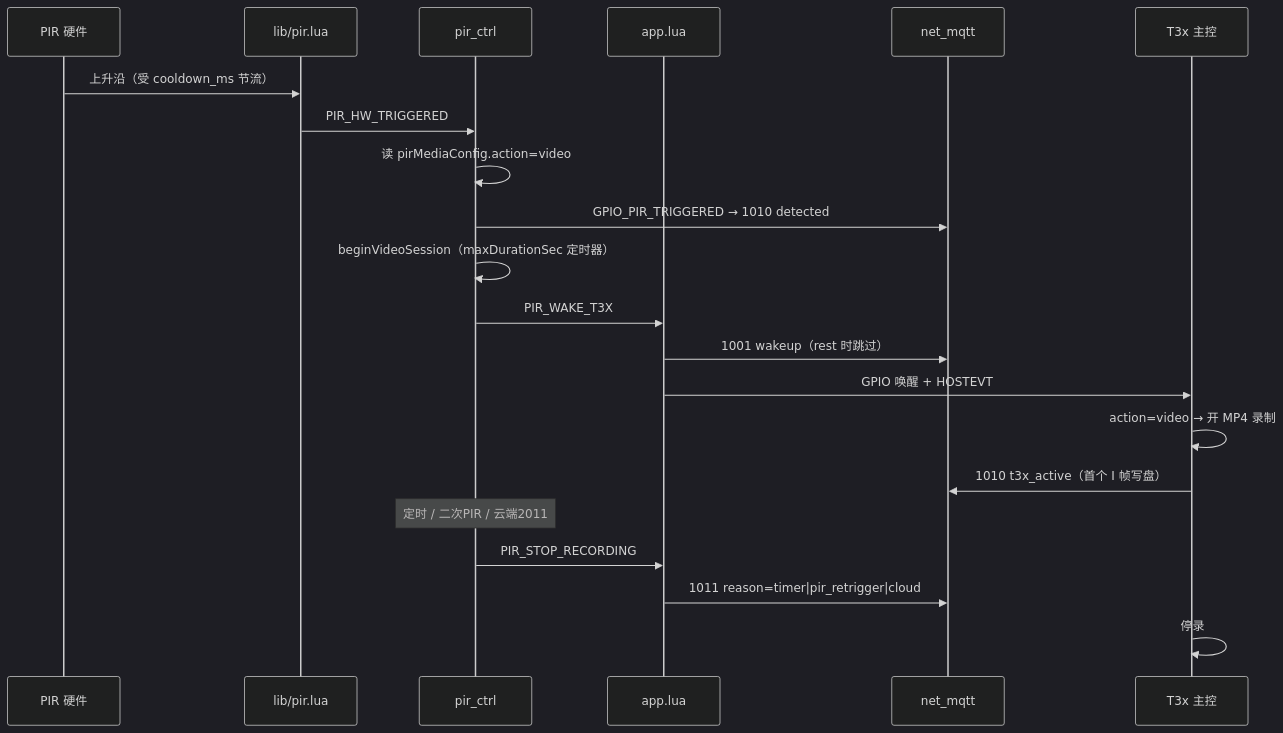
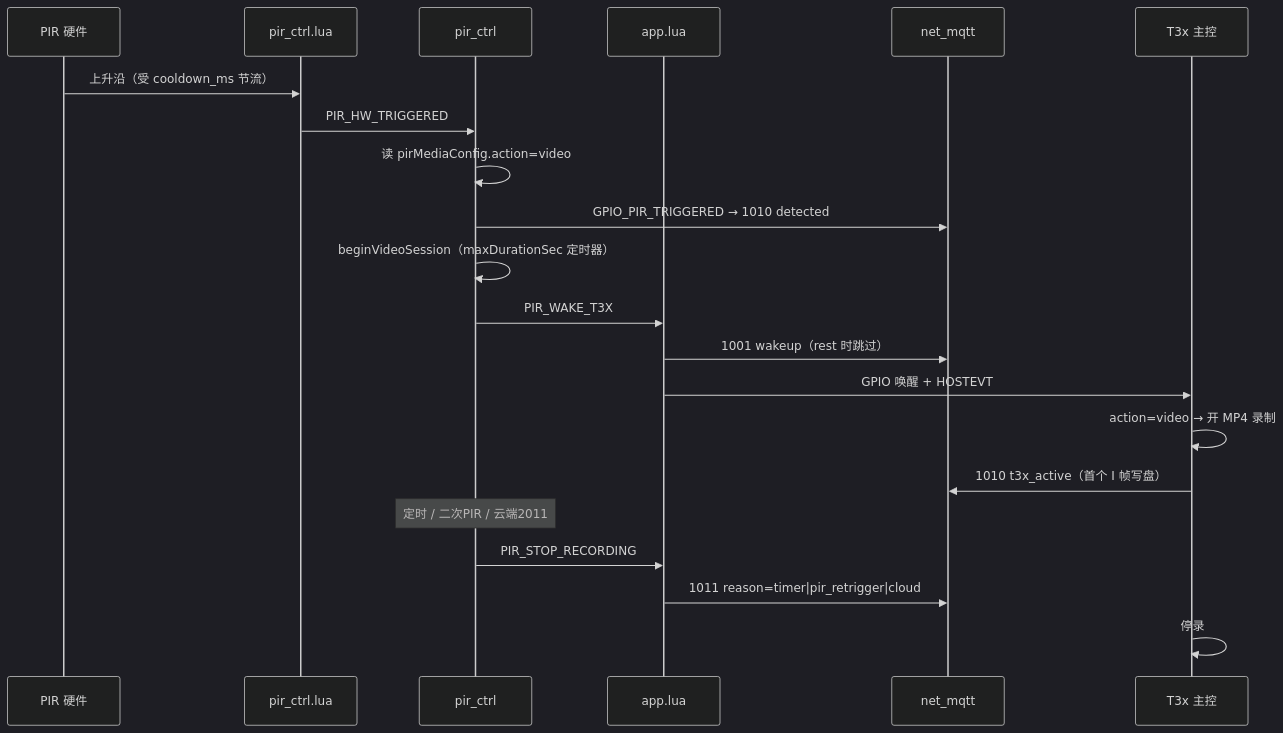
One commit to dzr1986/AIR780EHM changed the third of 5 diagrams in doc/PIR_PROTOCOL.md. Above: the diagram before and after it, drawn with Mermaid (dark theme). The commit also changed other lines of this file and 80 other files, not shown here.

````diff
--- a/doc/PIR_PROTOCOL.md
+++ b/doc/PIR_PROTOCOL.md
@@ -144,24 +146,24 @@
 ```mermaid
 sequenceDiagram
     participant HW as PIR 硬件
-    participant LIB as lib/pir.lua
+    participant LIB as pir_ctrl.lua
     participant PC as pir_ctrl
     participant APP as app.lua
     participant MQTT as net_mqtt
     participant T3x as T3x 主控
 
     HW->>LIB: 上升沿（受 cooldown_ms 节流）
     LIB->>PC: PIR_HW_TRIGGERED
     PC->>PC: 读 pirMediaConfig.action=video
     PC->>MQTT: GPIO_PIR_TRIGGERED → 1010 detected
     PC->>PC: beginVideoSession（maxDurationSec 定时器）
     PC->>APP: PIR_WAKE_T3X
     APP->>MQTT: 1001 wakeup（rest 时跳过）
     APP->>T3x: GPIO 唤醒 + HOSTEVT
     T3x->>T3x: action=video → 开 MP4 录制
     T3x->>MQTT: 1010 t3x_active（首个 I 帧写盘）
     Note over PC: 定时 / 二次PIR / 云端2011
     PC->>APP: PIR_STOP_RECORDING
     APP->>MQTT: 1011 reason=timer|pir_retrigger|cloud
     T3x->>T3x: 停录
 ```
````
